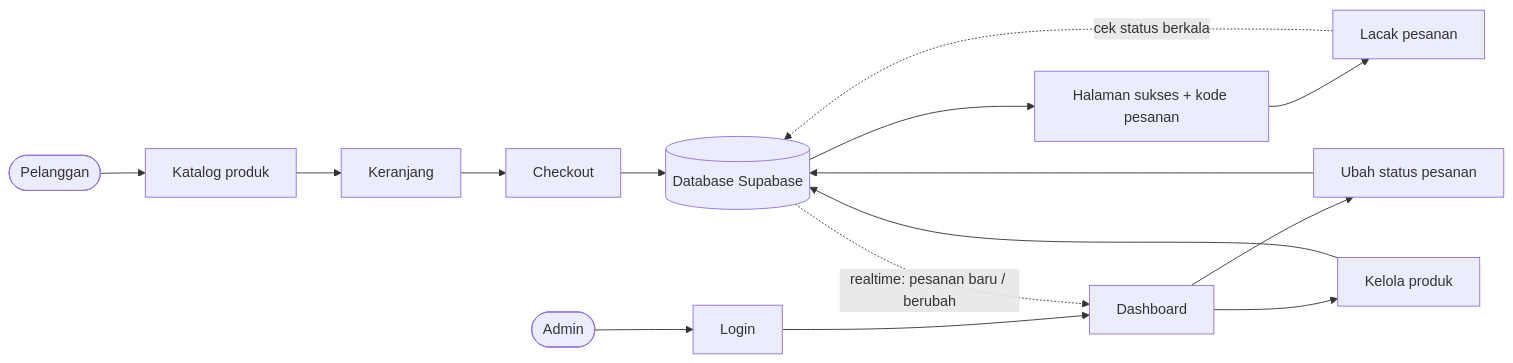
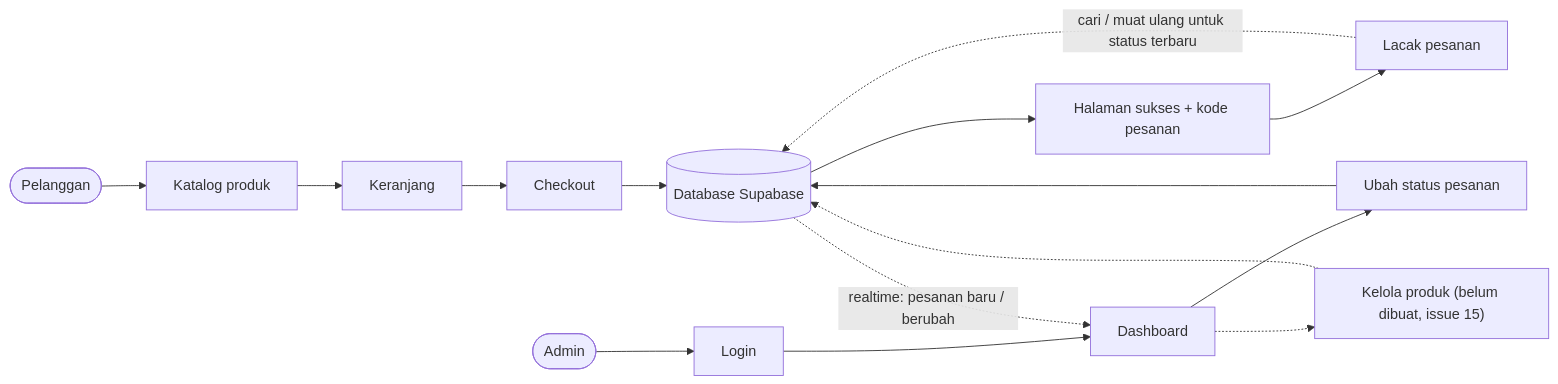
One commit to arikmhm/awm-fullstack changed the first of 9 diagrams in docs/FLOWCHART.md. Above: the diagram before and after it, drawn with Mermaid. The commit also changed other lines of this file and 4 other files, not shown here.

Commit message:
docs: finalisasi PRD, ERD, flowchart, backlog & prompt log (Closes #14)

````diff
--- a/docs/FLOWCHART.md
+++ b/docs/FLOWCHART.md
@@ -14,18 +15,18 @@
 ```mermaid
 flowchart LR
     P([Pelanggan]) --> K[Katalog produk]
     K --> C[Keranjang]
     C --> CO[Checkout]
     CO --> DB[(Database Supabase)]
     DB --> S[Halaman sukses + kode pesanan]
     S --> T[Lacak pesanan]
-    T -. cek status berkala .-> DB
+    T -. cari / muat ulang untuk status terbaru .-> DB
 
     A([Admin]) --> L[Login]
     L --> D[Dashboard]
     DB -. realtime: pesanan baru / berubah .-> D
     D --> US[Ubah status pesanan]
-    D --> KP[Kelola produk]
+    D -.-> KP["Kelola produk (belum dibuat, issue 15)"]
     US --> DB
-    KP --> DB
+    KP -.-> DB
 ```
````
